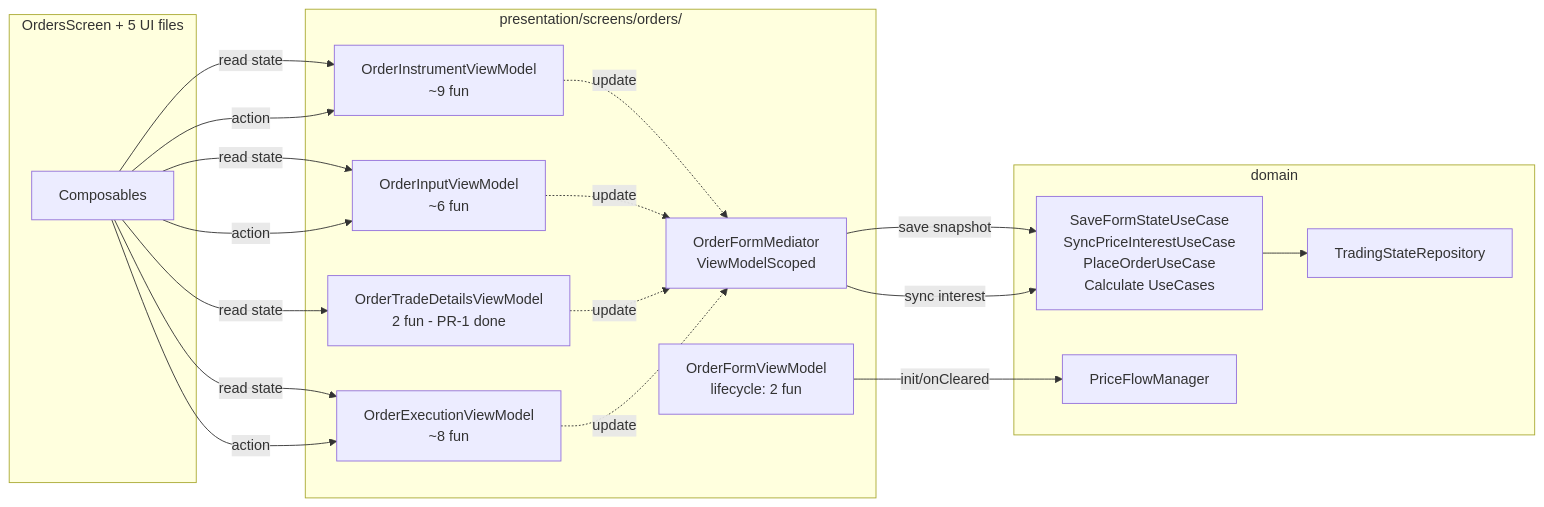
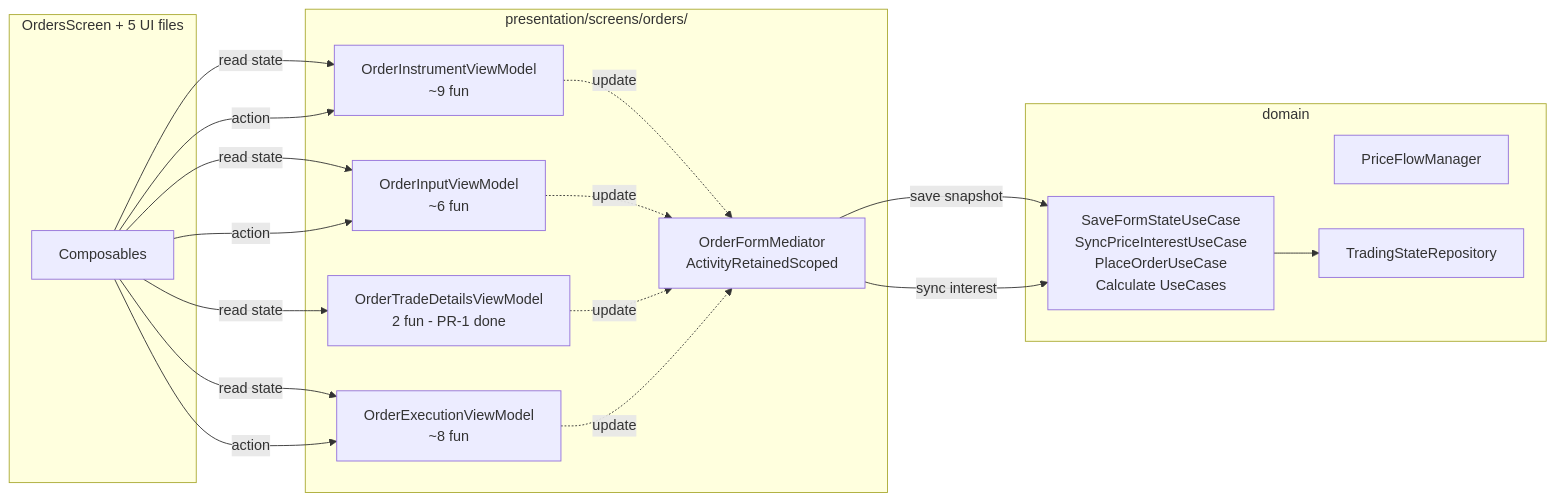
The third of 3 diagrams in docs/architecture.md (biomorf/TScalp), drawn with Mermaid before and after one commit. The commit also changed other lines of this file, not shown here.

First line of the commit message:
docs(architecture): C2 done - Coord removed, sub-VM + UI-orchestration

````diff
--- a/docs/architecture.md
+++ b/docs/architecture.md
@@ -288,36 +287,34 @@
 ```mermaid
 flowchart LR
     subgraph UI[OrdersScreen + 5 UI files]
         U[Composables]
     end
     subgraph PRES[presentation/screens/orders/]
-        M[OrderFormMediator<br/>ViewModelScoped]
+        M[OrderFormMediator<br/>ActivityRetainedScoped]
         IVM[OrderInstrumentViewModel<br/>~9 fun]
         INVM[OrderInputViewModel<br/>~6 fun]
         TVM[OrderTradeDetailsViewModel<br/>2 fun - PR-1 done]
         EVM[OrderExecutionViewModel<br/>~8 fun]
-        C[OrderFormViewModel<br/>lifecycle: 2 fun]
     end
     subgraph DOM[domain]
         UC[SaveFormStateUseCase<br/>SyncPriceInterestUseCase<br/>PlaceOrderUseCase<br/>Calculate UseCases]
         FPM[PriceFlowManager]
         TSR[TradingStateRepository]
     end
 
     U -->|read state| IVM
     U -->|read state| INVM
     U -->|read state| TVM
     U -->|read state| EVM
     U -->|action| IVM
     U -->|action| INVM
     U -->|action| EVM
 
     IVM -.->|update| M
     INVM -.->|update| M
     TVM -.->|update| M
     EVM -.->|update| M
     M -->|save snapshot| UC
     M -->|sync interest| UC
-    C -->|init/onCleared| FPM
     UC --> TSR
 ```
````
